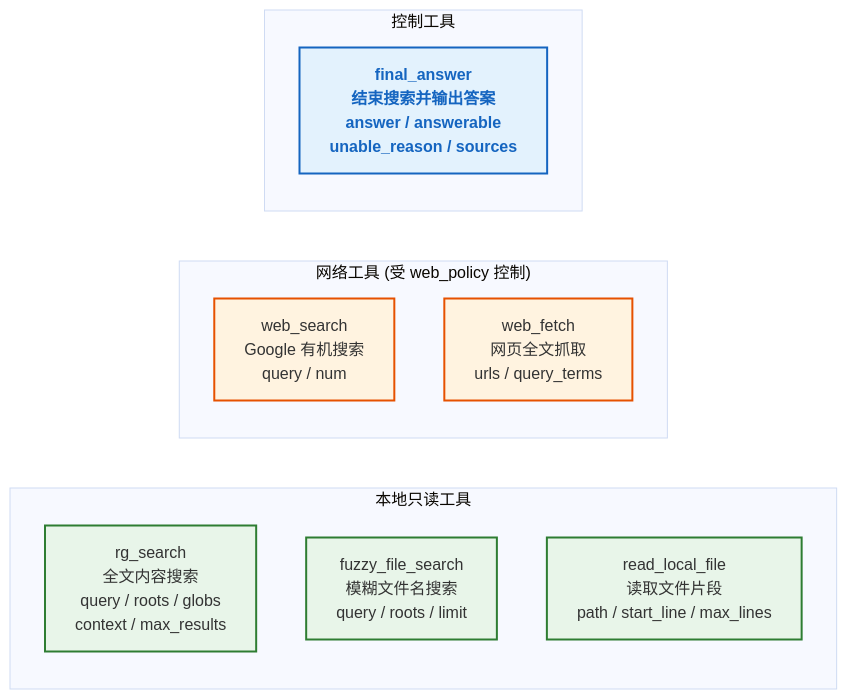
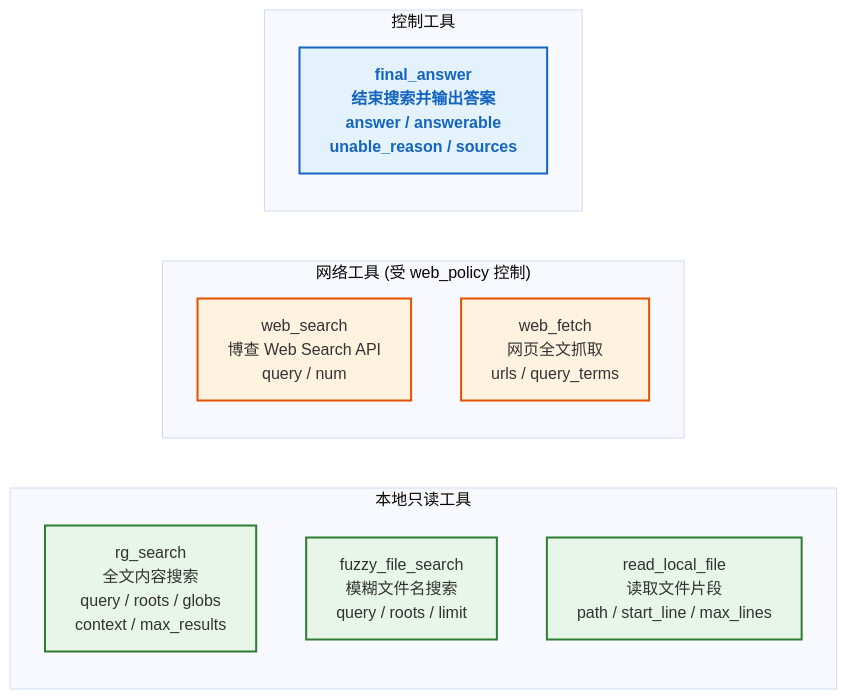
One commit to taohong000/search_agent changed the sixth of 8 diagrams in 项目流程图.md. Above: the diagram before and after it, drawn with Mermaid (base theme). The commit also changed other lines of this file and 2 other files, not shown here.

Commit message:
Enhance clarification system prompt to require region for local policy questions and update related tests. Improve flowchart documentation with additional clarification gate and conversation history features.

````diff
--- a/项目流程图.md
+++ b/项目流程图.md
@@ -256,24 +277,24 @@
 ```mermaid
 graph LR
     subgraph 本地只读工具
         T1["rg_search<br>全文内容搜索<br>query / roots / globs<br>context / max_results"]
         T2["fuzzy_file_search<br>模糊文件名搜索<br>query / roots / limit"]
         T3["read_local_file<br>读取文件片段<br>path / start_line / max_lines"]
     end
 
     subgraph 网络工具["网络工具 (受 web_policy 控制)"]
-        T4["web_search<br>Google 有机搜索<br>query / num"]
+        T4["web_search<br>博查 Web Search API<br>query / num"]
         T5["web_fetch<br>网页全文抓取<br>urls / query_terms"]
     end
 
     subgraph 控制工具
         T6["final_answer<br>结束搜索并输出答案<br>answer / answerable<br>unable_reason / sources"]
     end
 
     style T1 fill:#e8f5e9,stroke:#2e7d32,stroke-width:2px
     style T2 fill:#e8f5e9,stroke:#2e7d32,stroke-width:2px
     style T3 fill:#e8f5e9,stroke:#2e7d32,stroke-width:2px
     style T4 fill:#fff3e0,stroke:#e65100,stroke-width:2px
     style T5 fill:#fff3e0,stroke:#e65100,stroke-width:2px
     style T6 fill:#e3f2fd,stroke:#1565c0,stroke-width:2px,color:#1565c0,font-weight:bold
 ```
````
